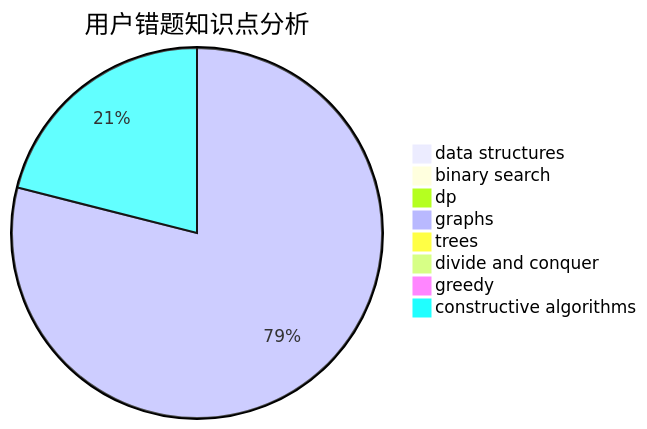
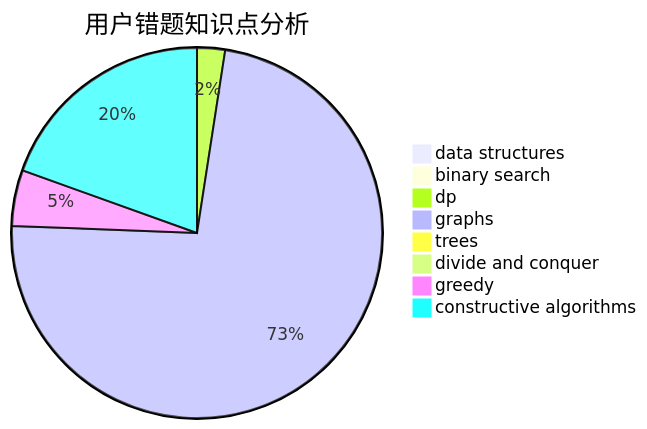
Before and after one commit to sherpahu/cfrs.github.io: the third of 3 diagrams in docs/user/u1462.md, drawn with Mermaid. The commit also changed other lines of this file and 2770 other files, not shown here.

````diff
--- a/docs/user/u1462.md
+++ b/docs/user/u1462.md
@@ -36,11 +36,11 @@
 ```mermaid
 pie title 用户错题知识点分析
     "data structures" :  0
     "binary search" :  0
-    "dp" :  0
+    "dp" :  1
     "graphs" :  30
     "trees" :  0
     "divide and conquer" :  0
-    "greedy" :  0
+    "greedy" :  2
     "constructive algorithms" :  8
 ```
````
